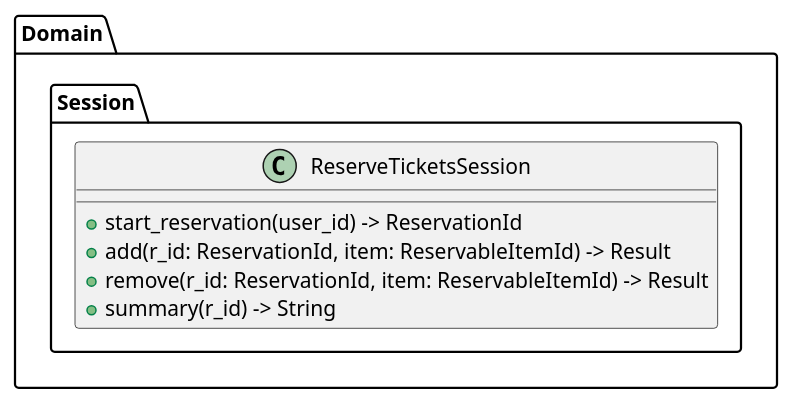
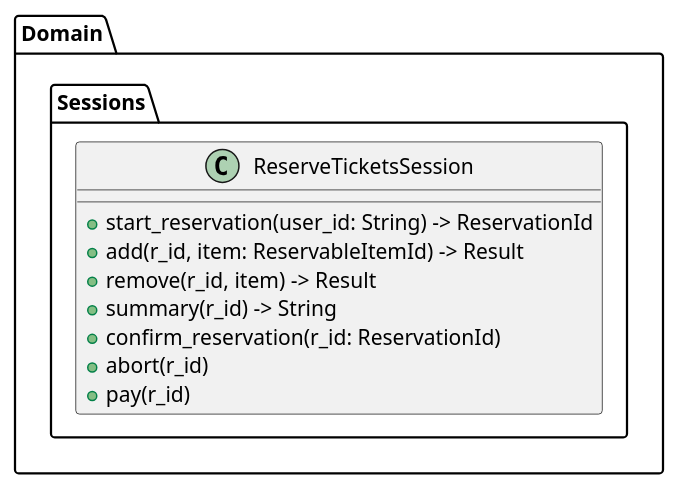
One commit to Deuchier/flight_manager_V1 changed the diagram in doc/design/dcd.puml. Above: the diagram before and after it, drawn with PlantUML. The commit also changed 9 other files, not shown here.

```diff
--- a/doc/design/dcd.puml
+++ b/doc/design/dcd.puml
@@ -1,15 +1,18 @@
 @startuml
 
 package Domain {
-    package Session {
+    package Sessions {
         class ReserveTicketsSession {
-            +start_reservation(user_id) -> ReservationId
-            +add(r_id: ReservationId, item: ReservableItemId) -> Result
-            +remove(r_id: ReservationId, item: ReservableItemId) -> Result
+            +start_reservation(user_id: String) -> ReservationId
+            +add(r_id, item: ReservableItemId) -> Result
+            +remove(r_id, item) -> Result
             +summary(r_id) -> String
+            +confirm_reservation(r_id: ReservationId)
+            +abort(r_id)
+            +pay(r_id)
         }
     }
 
 }
 
 @enduml
```
